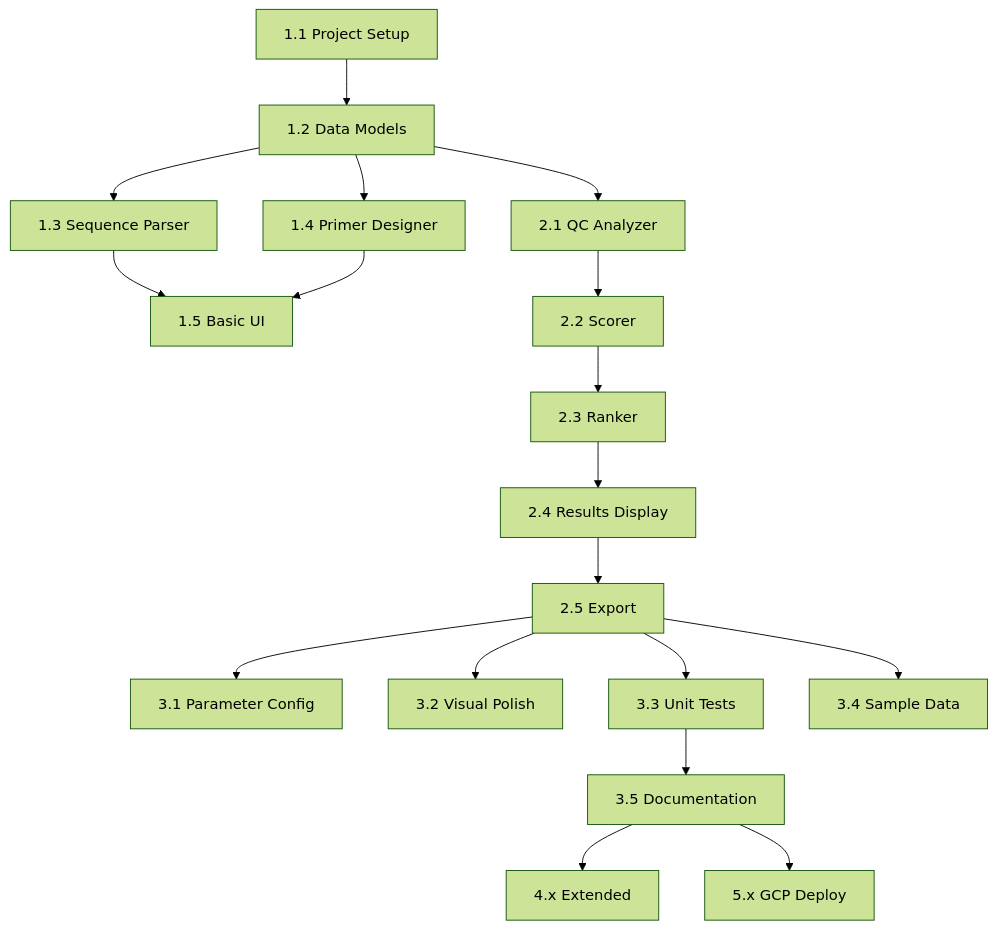
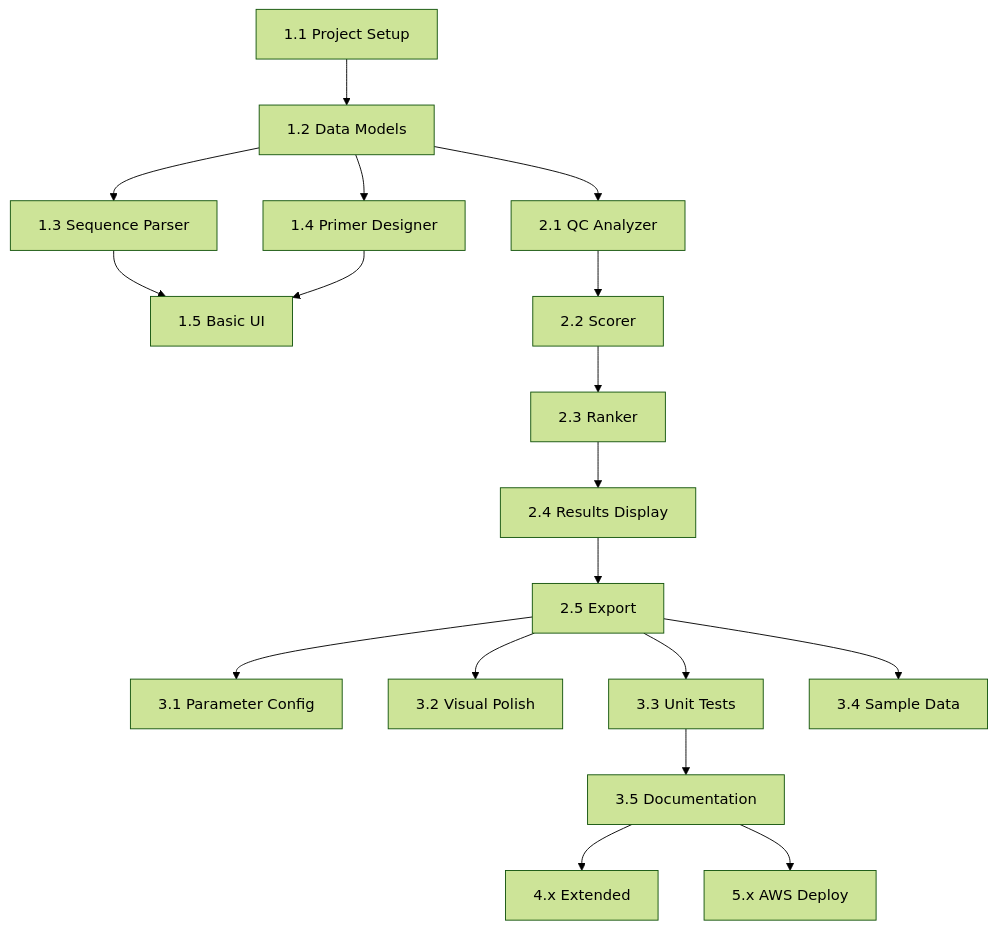
Before and after one commit to rayluo88/primer-design-automation: the diagram in DEV_PROGRESS.md, drawn with Mermaid (forest theme). The commit also changed other lines of this file and 13 other files, not shown here.

````diff
--- a/DEV_PROGRESS.md
+++ b/DEV_PROGRESS.md
@@ -288,23 +334,23 @@
 ```mermaid
 graph TD
     A[1.1 Project Setup] --> B[1.2 Data Models]
     B --> C[1.3 Sequence Parser]
     B --> D[1.4 Primer Designer]
     C --> E[1.5 Basic UI]
     D --> E
 
     B --> F[2.1 QC Analyzer]
     F --> G[2.2 Scorer]
     G --> H[2.3 Ranker]
     H --> I[2.4 Results Display]
     I --> J[2.5 Export]
 
     J --> K[3.1 Parameter Config]
     J --> L[3.2 Visual Polish]
     J --> M[3.3 Unit Tests]
     J --> N[3.4 Sample Data]
     M --> O[3.5 Documentation]
 
     O --> P[4.x Extended]
-    O --> Q[5.x GCP Deploy]
+    O --> Q[5.x AWS Deploy]
 ```
````
